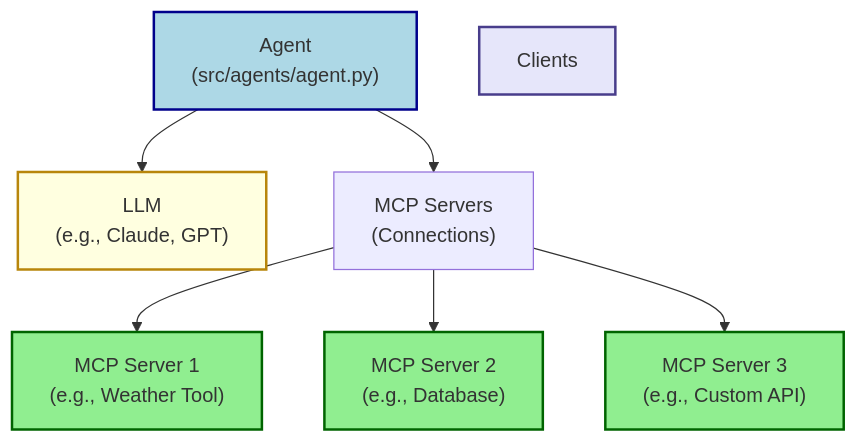
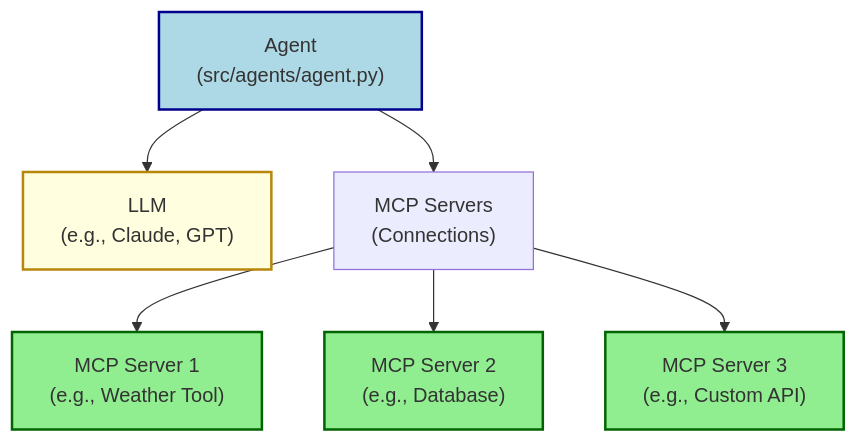
Before and after one commit to Aurite-ai/aurite-agents: the first of 3 diagrams in README.md, drawn with Mermaid.

Commit message:
fixed README diagram

````diff
--- a/README.md
+++ b/README.md
@@ -36,16 +36,15 @@
     ```mermaid
     graph TD
         Agent["Agent <br/> (src/agents/agent.py)"] --> LLM["LLM <br/> (e.g., Claude, GPT)"];
         Agent --> MCP_Servers["MCP Servers <br/> (Connections)"];
 
         MCP_Servers --> MCP1["MCP Server 1 <br/> (e.g., Weather Tool)"];
         MCP_Servers --> MCP2["MCP Server 2 <br/> (e.g., Database)"];
         MCP_Servers --> MCP3["MCP Server 3 <br/> (e.g., Custom API)"];
 
         style Agent fill:#ADD8E6,stroke:#00008B,stroke-width:2px,color:#333333
         style LLM fill:#FFFFE0,stroke:#B8860B,stroke-width:2px,color:#333333
-        style Clients fill:#E6E6FA,stroke:#483D8B,stroke-width:2px,color:#333333
         style MCP1 fill:#90EE90,stroke:#006400,stroke-width:2px,color:#333333
         style MCP2 fill:#90EE90,stroke:#006400,stroke-width:2px,color:#333333
         style MCP3 fill:#90EE90,stroke:#006400,stroke-width:2px,color:#333333
     ```
````
